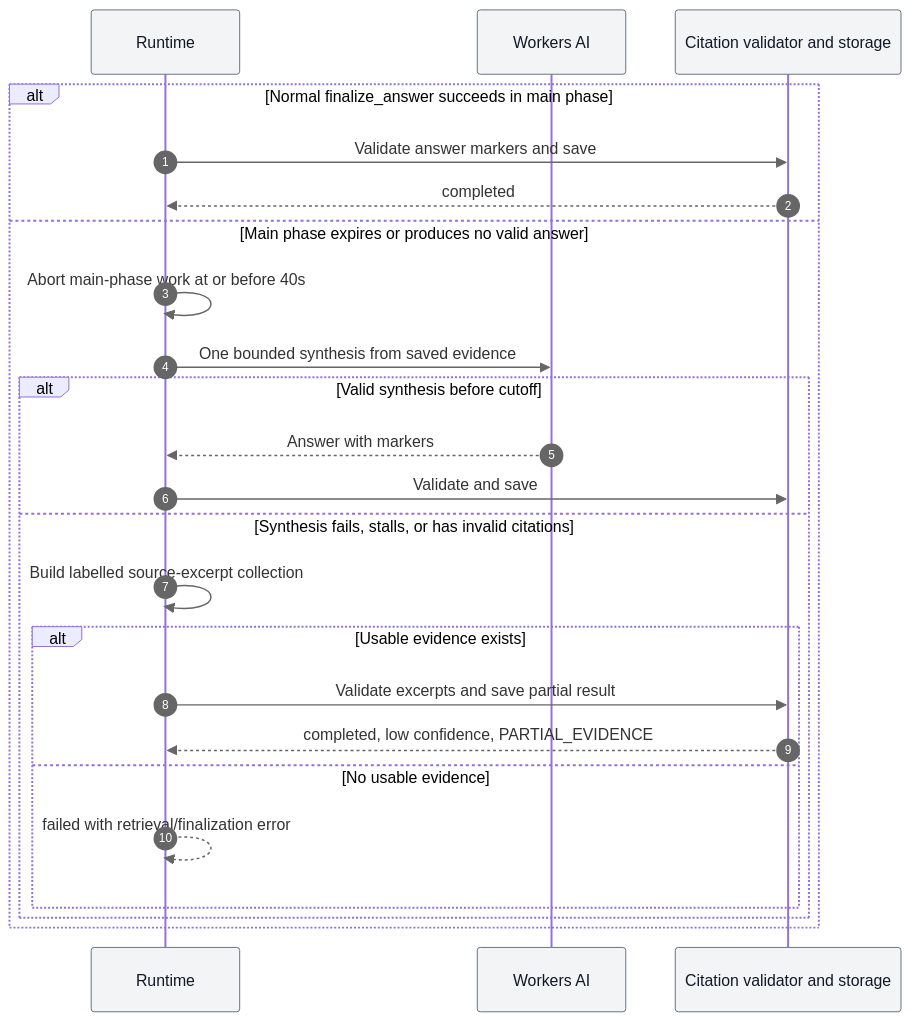
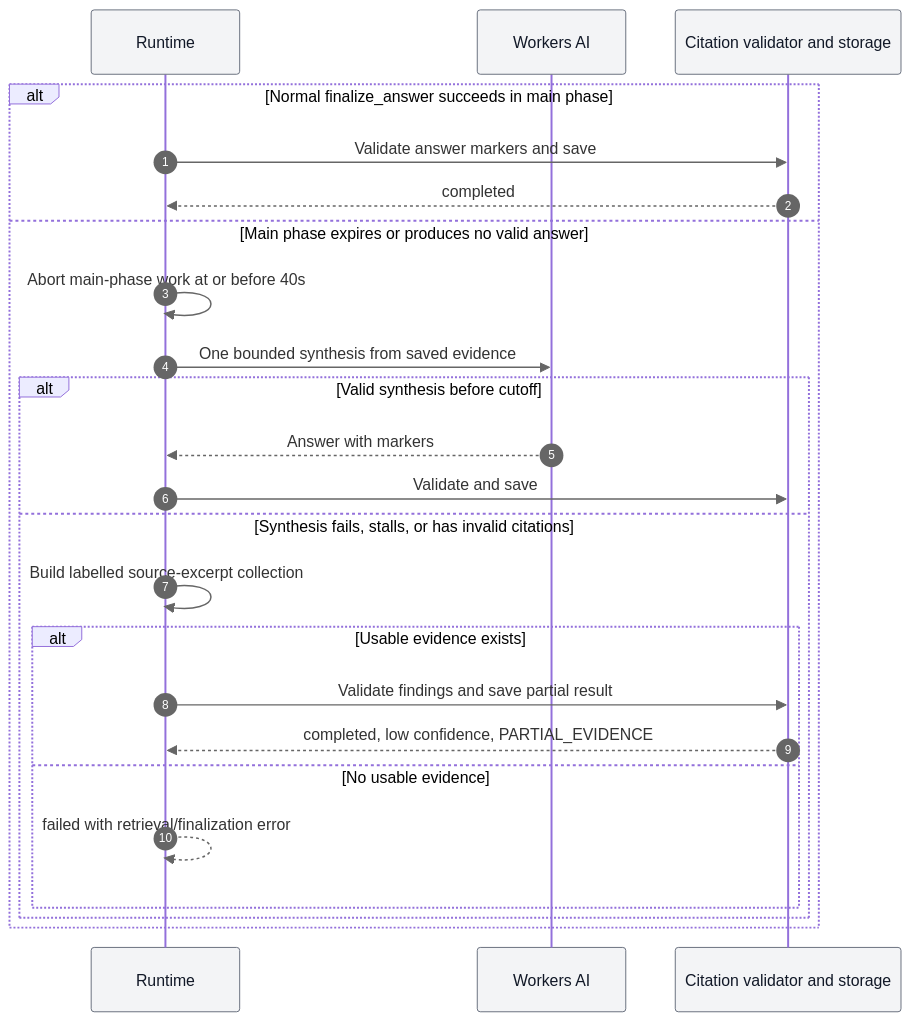
One commit to devhims/video2ctx changed the third of 3 diagrams in reference/engineering/AGENT_PATHS_AND_LIMITS.md. Above: the diagram before and after it, drawn with Mermaid. The commit also changed other lines of this file and 27 other files, not shown here.

````diff
--- a/reference/engineering/AGENT_PATHS_AND_LIMITS.md
+++ b/reference/engineering/AGENT_PATHS_AND_LIMITS.md
@@ -149,27 +150,27 @@
 ```mermaid
 %%{init: {"themeVariables": {"signalColor": "#666666", "sequenceNumberColor": "#ffffff", "actorBkg": "#f3f4f6", "actorTextColor": "#111827", "actorBorder": "#6b7280"}}}%%
 sequenceDiagram
     autonumber
     participant R as Runtime
     participant M as Workers AI
     participant V as Citation validator and storage
     alt Normal finalize_answer succeeds in main phase
         R->>V: Validate answer markers and save
         V-->>R: completed
     else Main phase expires or produces no valid answer
         R->>R: Abort main-phase work at or before 40s
         R->>M: One bounded synthesis from saved evidence
         alt Valid synthesis before cutoff
             M-->>R: Answer with markers
             R->>V: Validate and save
         else Synthesis fails, stalls, or has invalid citations
             R->>R: Build labelled source-excerpt collection
             alt Usable evidence exists
-                R->>V: Validate excerpts and save partial result
+                R->>V: Validate findings and save partial result
                 V-->>R: completed, low confidence, PARTIAL_EVIDENCE
             else No usable evidence
                 R-->>R: failed with retrieval/finalization error
             end
         end
     end
 ```
````
